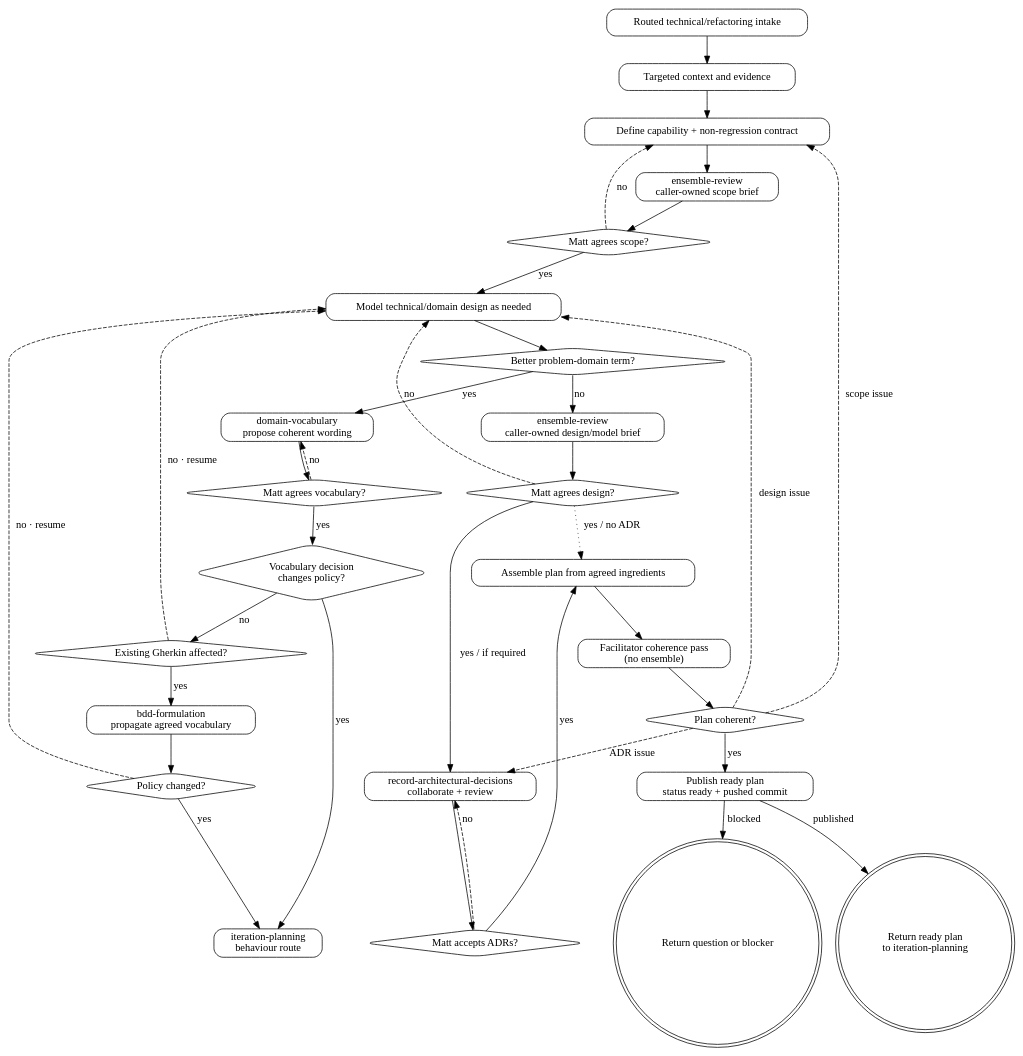
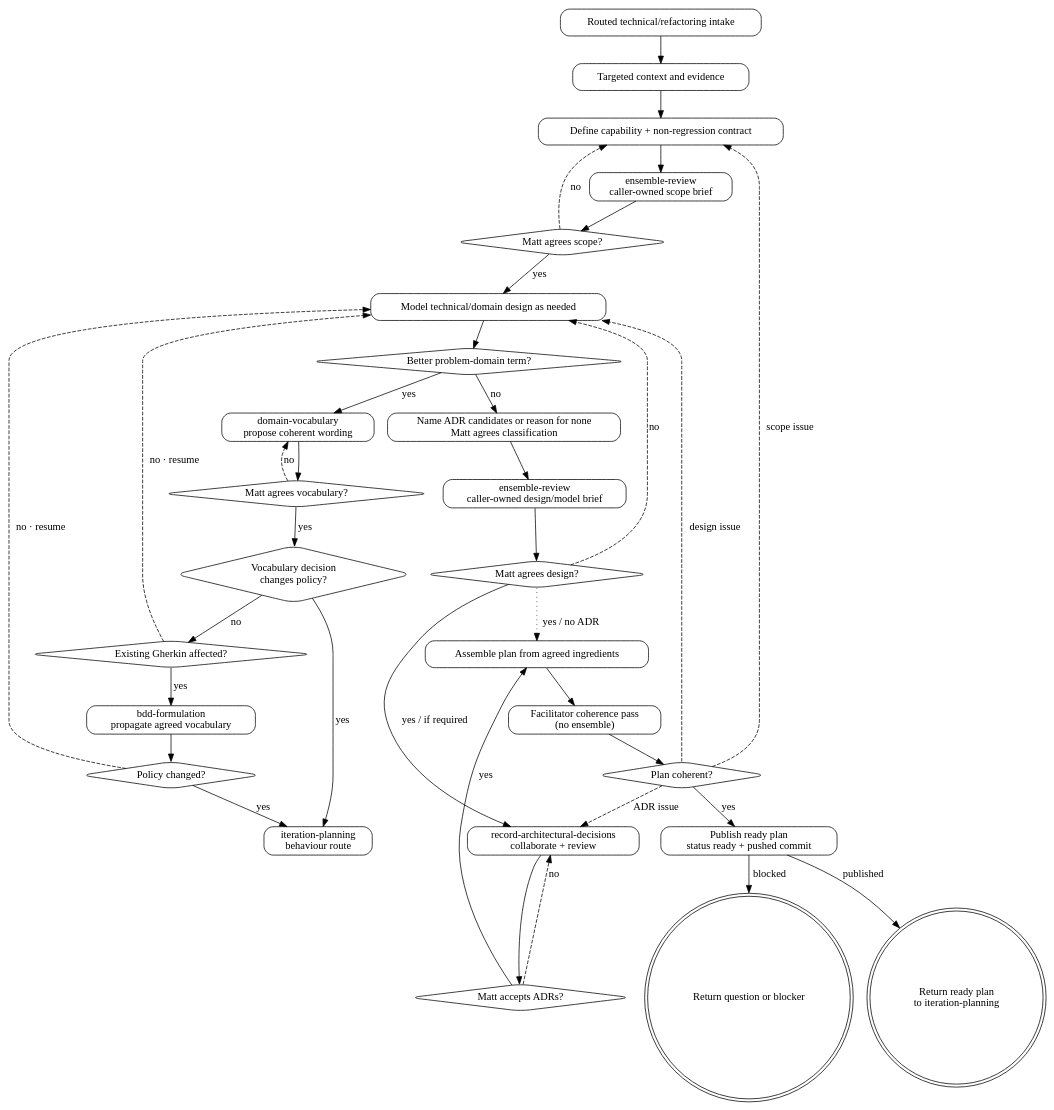
Before and after one commit to mattwynne/memba: the diagram in .pi/skills/technical-iteration-planning/SKILL.md, drawn with Graphviz. The commit also changed other lines of this file and 2 other files, not shown here.

Commit message:
skills: make technical ADR triage explicit

````diff
--- a/.pi/skills/technical-iteration-planning/SKILL.md
+++ b/.pi/skills/technical-iteration-planning/SKILL.md
@@ -61,62 +61,64 @@
 ```dot
 digraph technical_iteration_planning {
   rankdir=TB;
   node [shape=box, style="rounded"];
 
   intake [label="Routed technical/refactoring intake"];
   context [label="Targeted context and evidence"];
   capability [label="Define capability + non-regression contract"];
   scope_review [label="ensemble-review\ncaller-owned scope brief"];
   scope [shape=diamond, label="Matt agrees scope?"];
   design [label="Model technical/domain design as needed"];
   naming [shape=diamond, label="Better problem-domain term?"];
   vocabulary [label="domain-vocabulary\npropose coherent wording"];
   vocabulary_agreed [shape=diamond, label="Matt agrees vocabulary?"];
   vocabulary_policy [shape=diamond, label="Vocabulary decision\nchanges policy?"];
   gherkin_affected [shape=diamond, label="Existing Gherkin affected?"];
   formulation [label="bdd-formulation\npropagate agreed vocabulary"];
   policy_changed [shape=diamond, label="Policy changed?"];
   behaviour_route [label="iteration-planning\nbehaviour route"];
+  adr_triage [label="Name ADR candidates or reason for none\nMatt agrees classification"];
   design_review [label="ensemble-review\ncaller-owned design/model brief"];
   design_agreed [shape=diamond, label="Matt agrees design?"];
   adr [label="record-architectural-decisions\ncollaborate + review"];
   adr_accept [shape=diamond, label="Matt accepts ADRs?"];
   assemble [label="Assemble plan from agreed ingredients"];
   coherence [label="Facilitator coherence pass\n(no ensemble)"];
   consistent [shape=diamond, label="Plan coherent?"];
   publish [label="Publish ready plan\nstatus ready + pushed commit"];
   result [shape=doublecircle, label="Return ready plan\nto iteration-planning"];
   blocker [shape=doublecircle, label="Return question or blocker"];
 
   intake -> context -> capability -> scope_review -> scope;
   scope -> capability [label="no", style=dashed];
   scope -> design [label="yes"];
   design -> naming;
-  naming -> design_review [label="no"];
+  naming -> adr_triage [label="no"];
   naming -> vocabulary [label="yes"];
   vocabulary -> vocabulary_agreed;
   vocabulary_agreed -> vocabulary [label="no", style=dashed];
   vocabulary_agreed -> vocabulary_policy [label="yes"];
   vocabulary_policy -> behaviour_route [label="yes"];
   vocabulary_policy -> gherkin_affected [label="no"];
   gherkin_affected -> design [label="no · resume", style=dashed];
   gherkin_affected -> formulation [label="yes"];
   formulation -> policy_changed;
   policy_changed -> behaviour_route [label="yes"];
   policy_changed -> design [label="no · resume", style=dashed];
+  adr_triage -> design_review;
   design_review -> design_agreed;
   design_agreed -> design [label="no", style=dashed];
   design_agreed -> adr [label="yes / if required"];
   adr -> adr_accept;
   adr_accept -> adr [label="no", style=dashed];
   adr_accept -> assemble [label="yes"];
   design_agreed -> assemble [label="yes / no ADR", style=dotted];
   assemble -> coherence -> consistent;
   consistent -> publish [label="yes"];
   consistent -> capability [label="scope issue", style=dashed];
   consistent -> design [label="design issue", style=dashed];
   consistent -> adr [label="ADR issue", style=dashed];
   publish -> result [label="published"];
   publish -> blocker [label="blocked"];
 }
 ```
````
